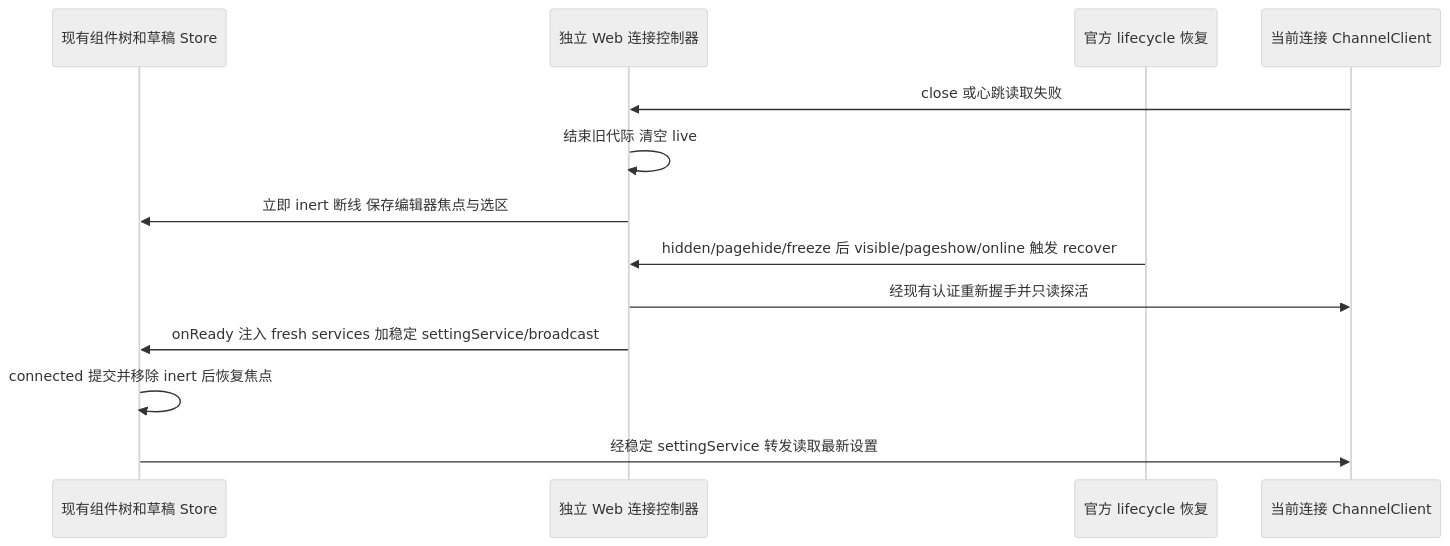
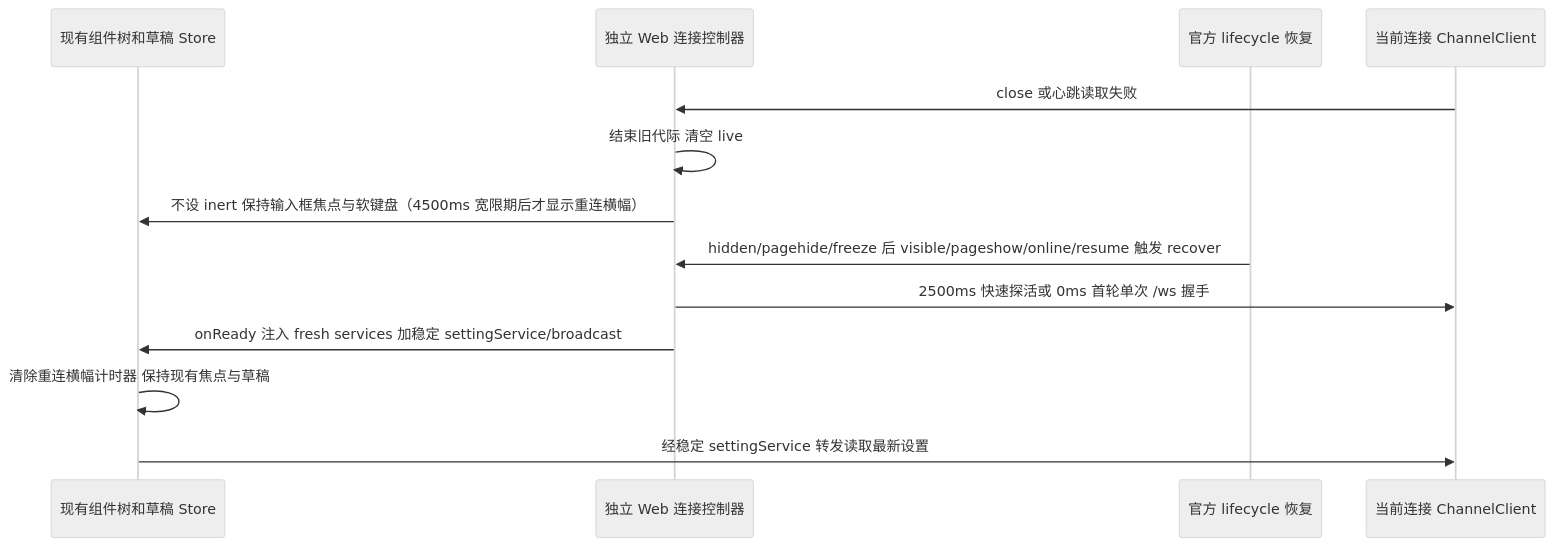
The diagram in docs/standalone-web-reconnect-continuity.md (uselessbug/ZCode), drawn with Mermaid (neutral theme) before and after one commit. The commit also changed other lines of this file and 40 other files, not shown here.

````diff
--- a/docs/standalone-web-reconnect-continuity.md
+++ b/docs/standalone-web-reconnect-continuity.md
@@ -15,15 +15,15 @@
 ```mermaid
 sequenceDiagram
     participant UI as 现有组件树和草稿 Store
     participant Owner as 独立 Web 连接控制器
     participant Life as 官方 lifecycle 恢复
     participant RPC as 当前连接 ChannelClient
     RPC->>Owner: close 或心跳读取失败
     Owner->>Owner: 结束旧代际 清空 live
-    Owner->>UI: 立即 inert 断线 保存编辑器焦点与选区
-    Life->>Owner: hidden/pagehide/freeze 后 visible/pageshow/online 触发 recover
-    Owner->>RPC: 经现有认证重新握手并只读探活
+    Owner->>UI: 不设 inert 保持输入框焦点与软键盘（4500ms 宽限期后才显示重连横幅）
+    Life->>Owner: hidden/pagehide/freeze 后 visible/pageshow/online/resume 触发 recover
+    Owner->>RPC: 2500ms 快速探活或 0ms 首轮单次 /ws 握手
     Owner->>UI: onReady 注入 fresh services 加稳定 settingService/broadcast
-    UI->>UI: connected 提交并移除 inert 后恢复焦点
+    UI->>UI: 清除重连横幅计时器 保持现有焦点与草稿
     UI->>RPC: 经稳定 settingService 转发读取最新设置
 ```
````
